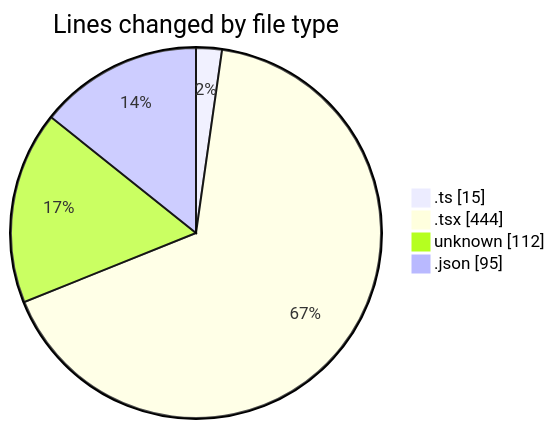
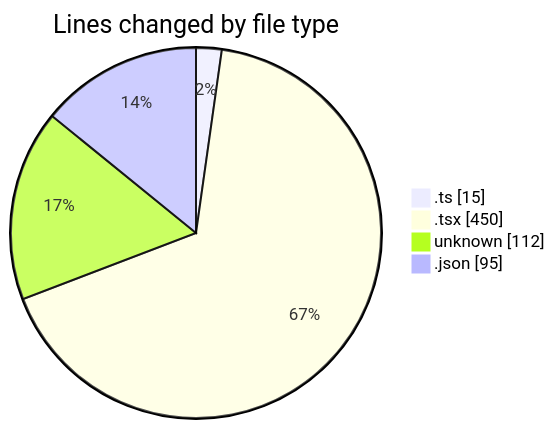
One commit to momahboobian/code-tracking changed the first of 2 diagrams in 2026-04-29/cda/README.md. Above: the diagram before and after it, drawn with Mermaid. The commit also changed other lines of this file and 1 other file, not shown here.

````diff
--- a/2026-04-29/cda/README.md
+++ b/2026-04-29/cda/README.md
@@ -28,8 +28,8 @@
 ```mermaid
 pie showData
 title Lines changed by file type
 ".ts" : 15
-".tsx" : 444
+".tsx" : 450
 "unknown" : 112
 ".json" : 95
 ```
````
